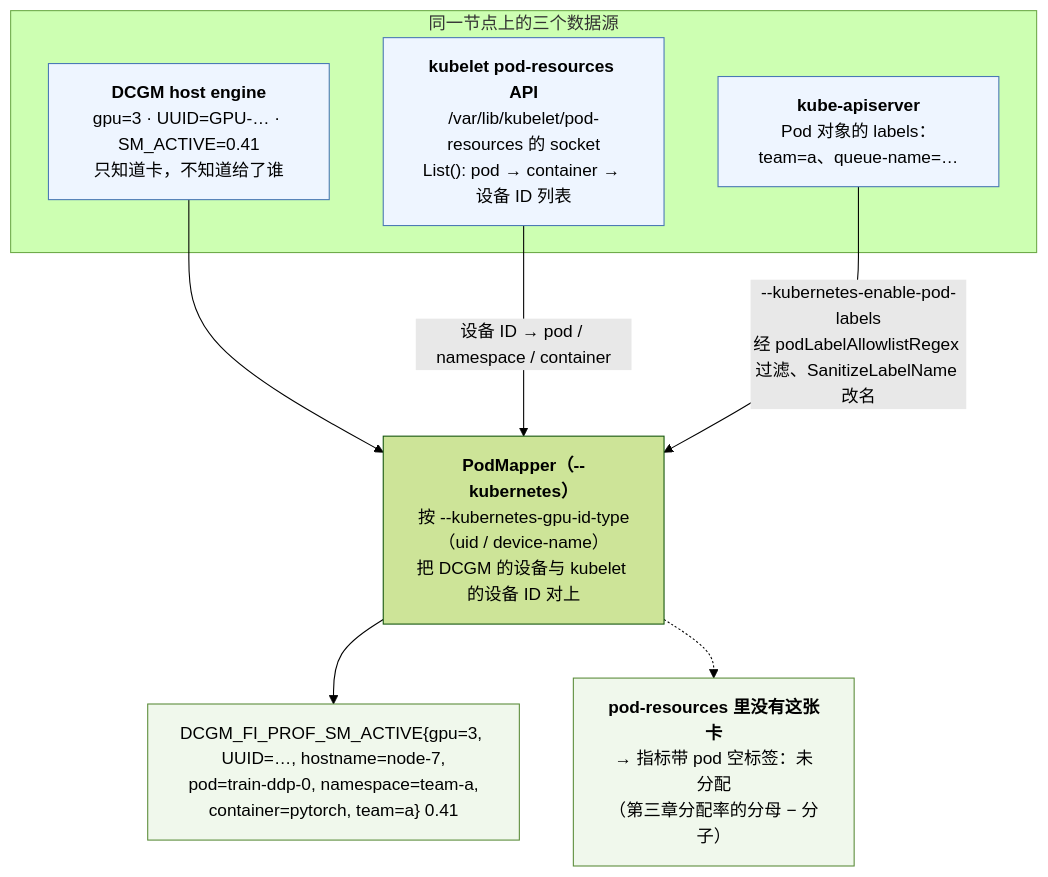
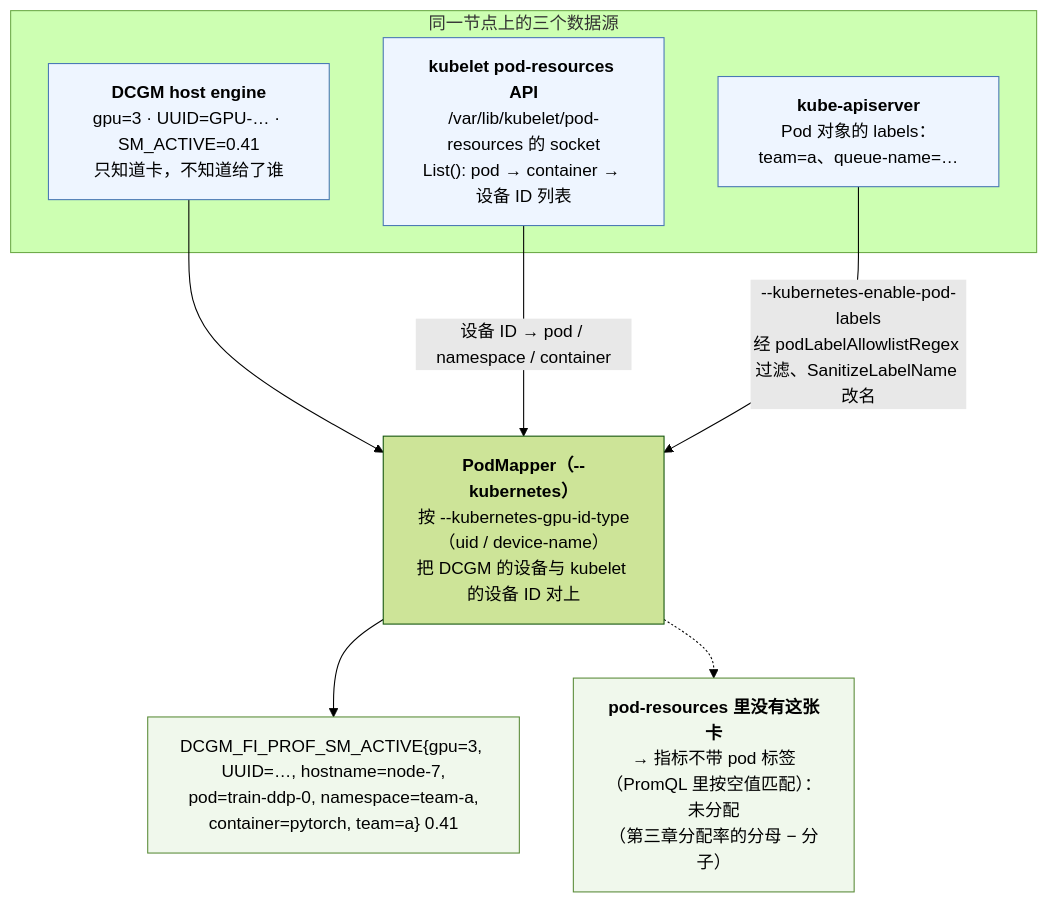
Before and after one commit to arganzheng/arganzheng.github.com: the second of 4 diagrams in _posts/2026-09-22-ai-platform-observability-cost-and-finops.md, drawn with Mermaid (forest theme). The commit also changed other lines of this file, not shown here.

````diff
--- a/_posts/2026-09-22-ai-platform-observability-cost-and-finops.md
+++ b/_posts/2026-09-22-ai-platform-observability-cost-and-finops.md
@@ -159,21 +159,21 @@
 ```mermaid
 %% 图：PodMapper 的三路 join：DCGM 的设备指标、kubelet pod-resources 的设备到 Pod 分配、API server 的 Pod label
 flowchart TB
     subgraph src["同一节点上的三个数据源"]
         DCGM["<b>DCGM host engine</b><br/>gpu=3 · UUID=GPU-… · SM_ACTIVE=0.41<br/>只知道卡，不知道给了谁"]
         KUBELET["<b>kubelet pod-resources API</b><br/>/var/lib/kubelet/pod-resources 的 socket<br/>List(): pod → container → 设备 ID 列表"]
         API["<b>kube-apiserver</b><br/>Pod 对象的 labels：team=a、queue-name=…"]
     end
     PM["<b>PodMapper（--kubernetes）</b><br/>按 --kubernetes-gpu-id-type（uid / device-name）<br/>把 DCGM 的设备与 kubelet 的设备 ID 对上"]
     DCGM --> PM
     KUBELET -->|"设备 ID → pod / namespace / container"| PM
     API -->|"--kubernetes-enable-pod-labels<br/>经 podLabelAllowlistRegex 过滤、SanitizeLabelName 改名"| PM
     OUT["DCGM_FI_PROF_SM_ACTIVE#123;gpu=3, UUID=…, hostname=node-7,<br/>pod=train-ddp-0, namespace=team-a,<br/>container=pytorch, team=a#125; 0.41"]
-    NOPOD["<b>pod-resources 里没有这张卡</b><br/>→ 指标带 pod 空标签：未分配<br/>（第三章分配率的分母 − 分子）"]
+    NOPOD["<b>pod-resources 里没有这张卡</b><br/>→ 指标不带 pod 标签（PromQL 里按空值匹配）：未分配<br/>（第三章分配率的分母 − 分子）"]
     PM --> OUT
     PM -.-> NOPOD
     classDef srcs fill:#eef5ff,stroke:#4a78b5;
     classDef outp fill:#f0f8ec,stroke:#5b8c3a;
     class DCGM,KUBELET,API srcs;
     class OUT,NOPOD outp;
 ```
````
